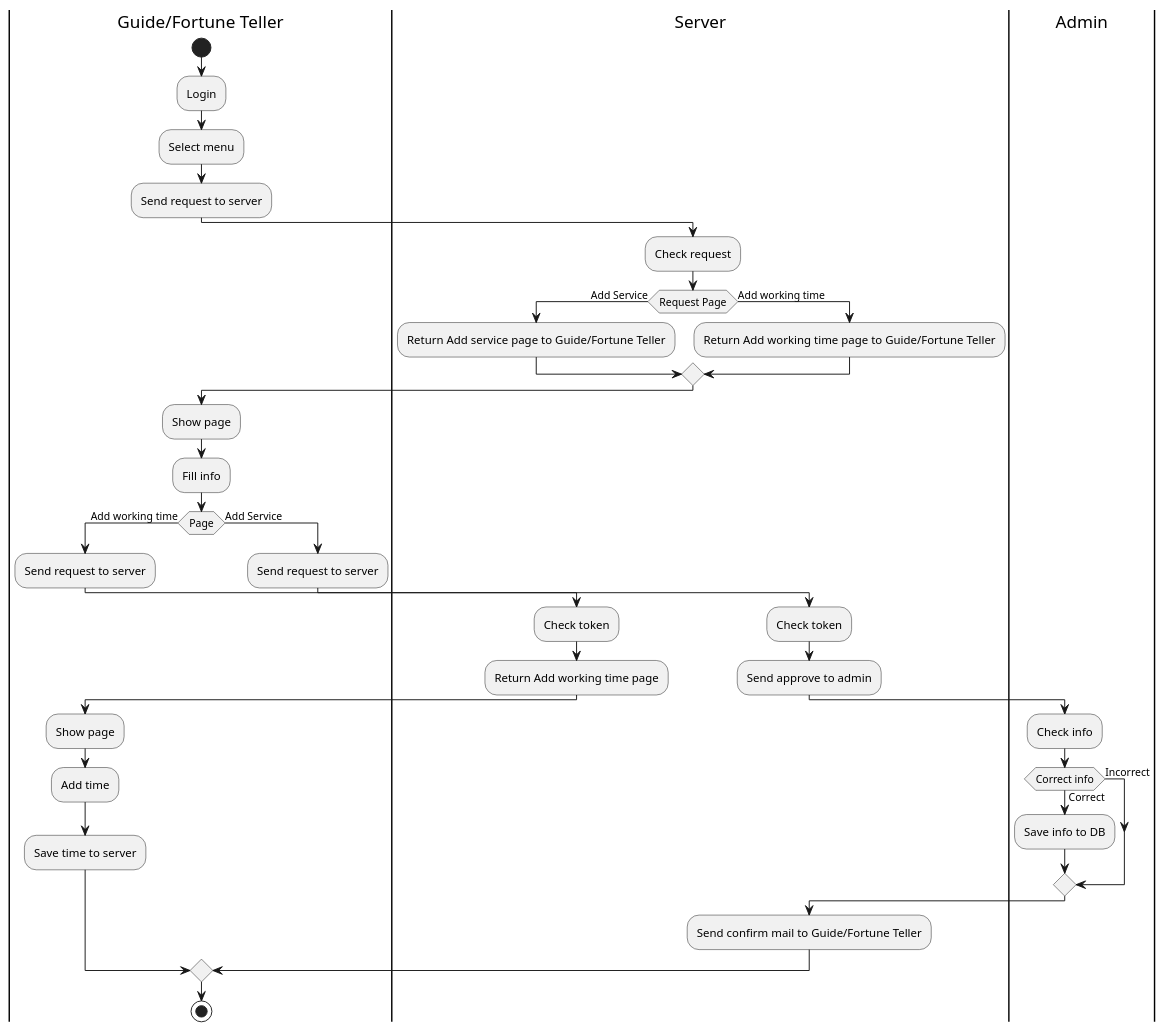
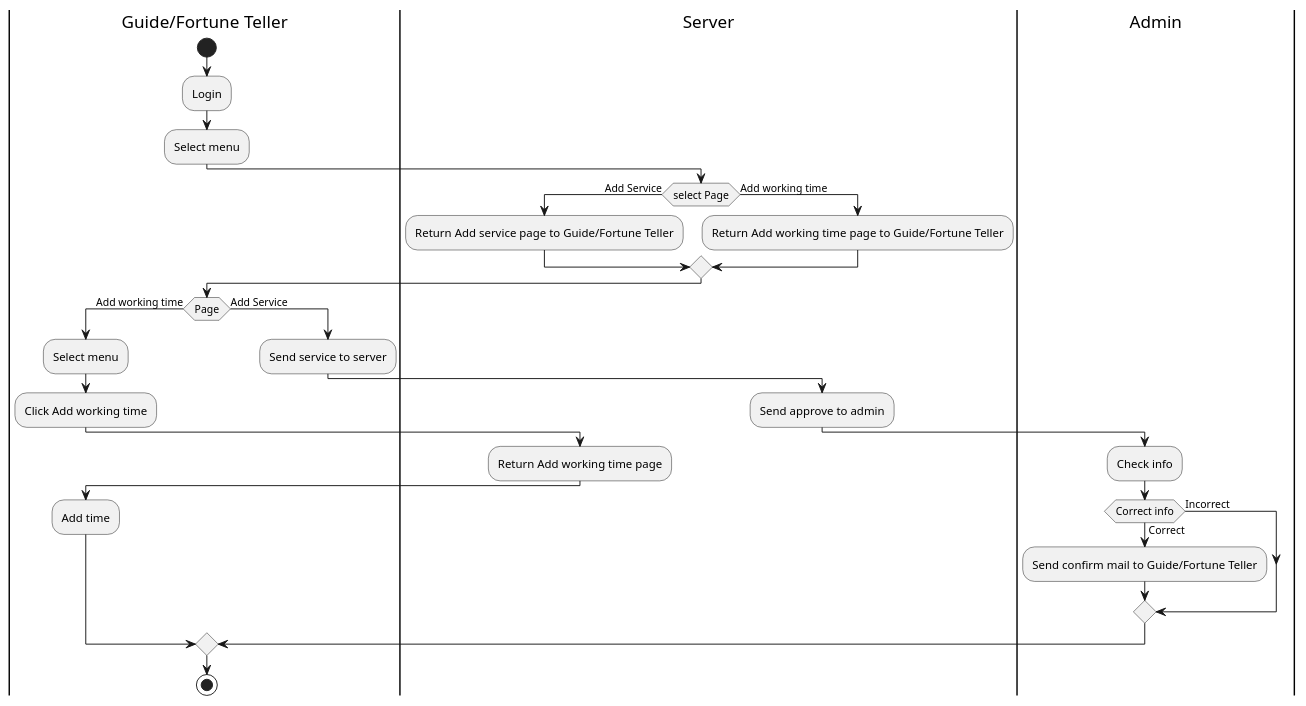
The fifth of 7 diagrams in activity-diagram.plantuml (Nxwbtk/SA-Diagram), drawn with PlantUML before and after one commit. The commit also changed other lines of this file and 9 other files, not shown here.

```diff
--- a/activity-diagram.plantuml
+++ b/activity-diagram.plantuml
@@ -138,42 +121,33 @@
 @startuml
 |Guide/Fortune Teller|
 start
 :Login;
 :Select menu;
-:Send request to server;
 |Server|
-:Check request;
-if (Request Page) is (Add Service) then
+if (select Page) is (Add Service) then
 	:Return Add service page to Guide/Fortune Teller;
 else (Add working time)
 	:Return Add working time page to Guide/Fortune Teller;
 endif
 |Guide/Fortune Teller|
-:Show page;
-:Fill info;
 if (Page) is (Add working time) then
-	:Send request to server;
+	:Select menu;
+	:Click Add working time;
 	|Server|
-	:Check token;
 	:Return Add working time page;
 	|Guide/Fortune Teller|
-	:Show page;
 	:Add time;
-	:Save time to server;
 else (Add Service)
-	:Send request to server;
+	:Send service to server;
 	|Server|
-	:Check token;
 	:Send approve to admin;
 	|Admin|
 	:Check info;
 	if (Correct info) is (Correct) then
-		:Save info to DB;
+		:Send confirm mail to Guide/Fortune Teller;
 	else (Incorrect)
 	endif
-|Server|
-:Send confirm mail to Guide/Fortune Teller;
 endif
 |Guide/Fortune Teller|
 stop
 @enduml
```
